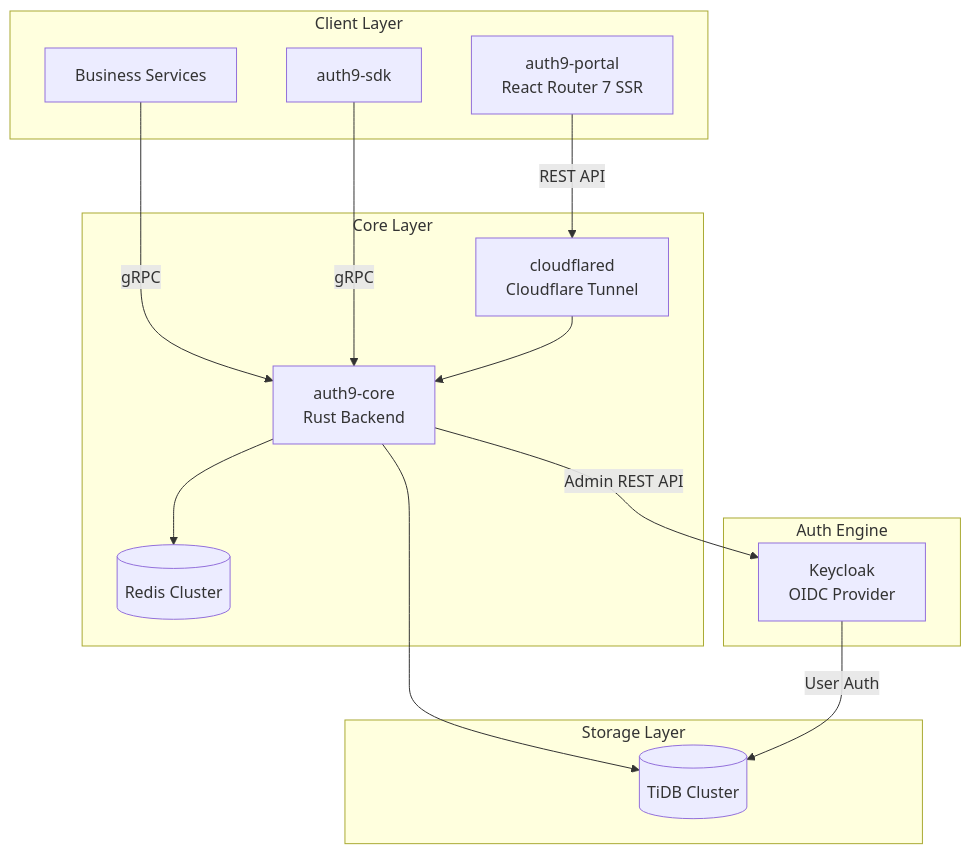
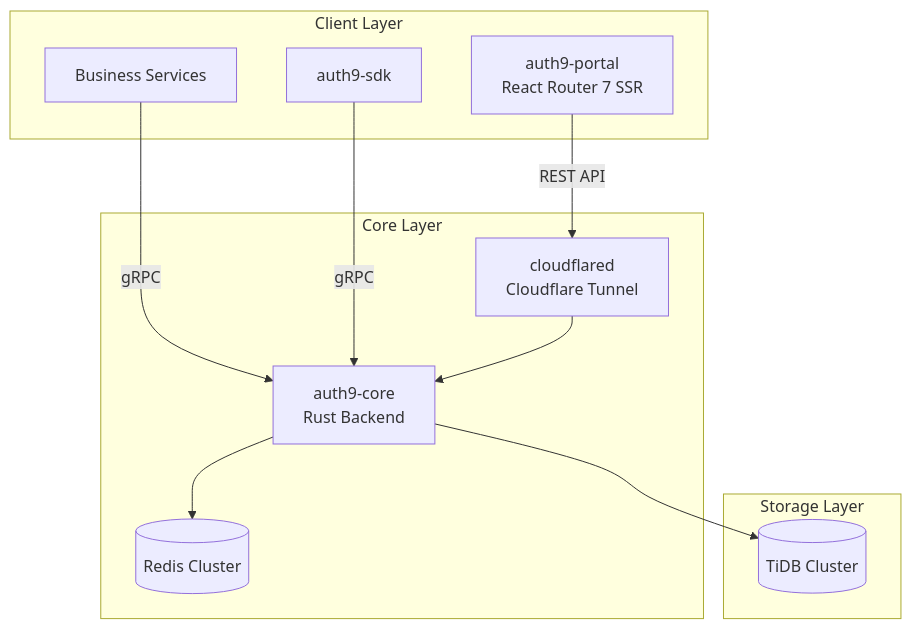
One commit to c9r-io/auth9 changed the first of 4 diagrams in docs/architecture.md. Above: the diagram before and after it, drawn with Mermaid. The commit also changed other lines of this file and 98 other files, not shown here.

````diff
--- a/docs/architecture.md
+++ b/docs/architecture.md
@@ -25,31 +25,25 @@
 ```mermaid
 flowchart TB
     subgraph clients [Client Layer]
         Portal[auth9-portal<br/>React Router 7 SSR]
         BizServices[Business Services]
         SDK[auth9-sdk]
     end
 
     subgraph core [Core Layer]
         Gateway[cloudflared<br/>Cloudflare Tunnel]
         Auth9Core[auth9-core<br/>Rust Backend]
         Cache[(Redis Cluster)]
     end
 
-    subgraph auth [Auth Engine]
-        Keycloak[Keycloak<br/>OIDC Provider]
-    end
-
     subgraph storage [Storage Layer]
         TiDB[(TiDB Cluster)]
     end
 
     Portal -->|REST API| Gateway
     BizServices -->|gRPC| Auth9Core
     SDK -->|gRPC| Auth9Core
     Gateway --> Auth9Core
-    Auth9Core -->|Admin REST API| Keycloak
     Auth9Core --> Cache
     Auth9Core --> TiDB
-    Keycloak -->|User Auth| TiDB
 ```
````
